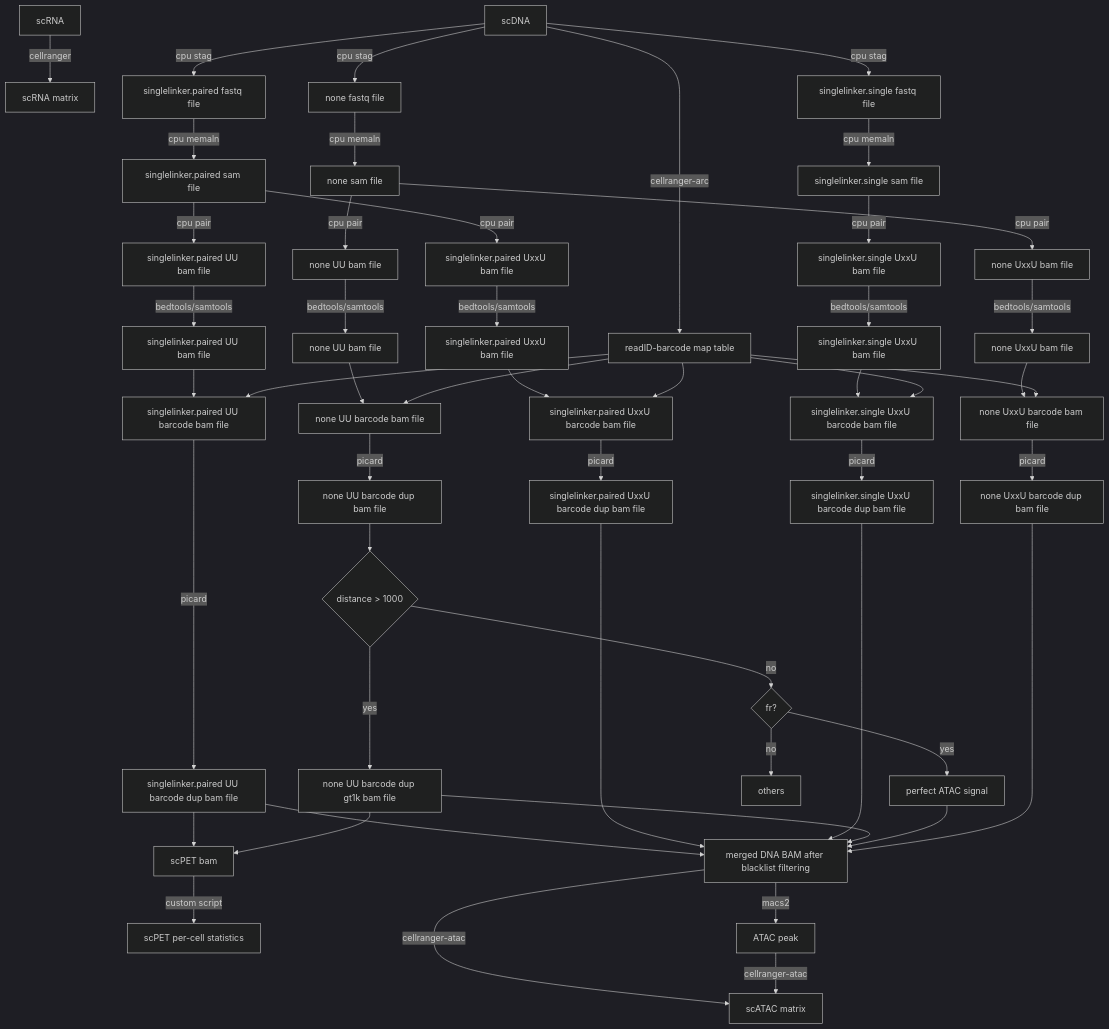
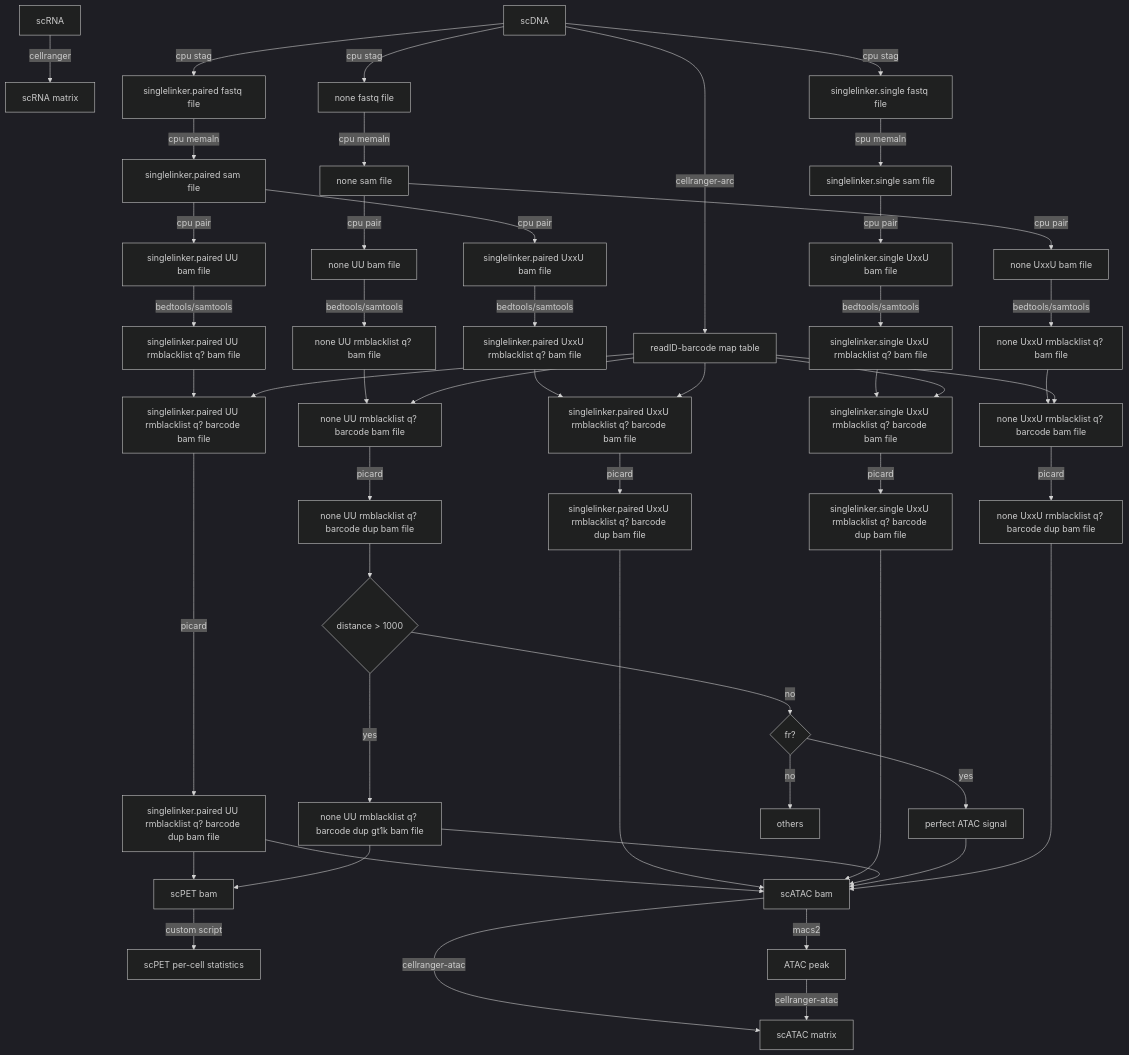
Before and after one commit to Chang-An2002/ChAIR-PIPE: the diagram in README.md, drawn with Mermaid (dark theme). The commit also changed other lines of this file, not shown here.

Commit message:
Restore the original branch diagram and clarify blacklist execution paths

````diff
--- a/README.md
+++ b/README.md
@@ -6,59 +6,59 @@
 ```mermaid
 graph TD;
 AA[scRNA] -- cellranger --> BB[scRNA matrix];
 CC[scDNA] -- cellranger-arc --> DD[readID-barcode map table];
 CC -- cpu stag --> CB[singlelinker.single fastq file];
 CC -- cpu stag --> CA[singlelinker.paired fastq file];
 CC -- cpu stag --> CD[none fastq file];
 CA -- cpu memaln --> EE[singlelinker.paired sam file];
 CB -- cpu memaln --> FF[singlelinker.single sam file];
 CD -- cpu memaln --> GG[none sam file];
 EE -- cpu pair --> EA[singlelinker.paired UU bam file]
 EE -- cpu pair --> EB[singlelinker.paired UxxU bam file]
 FF -- cpu pair --> FA[singlelinker.single UxxU bam file]
 GG -- cpu pair --> GA[none UU bam file]
 GG -- cpu pair --> GB[none UxxU bam file]
-EA -- bedtools/samtools --> EH[singlelinker.paired UU bam file]
-EB -- bedtools/samtools --> EI[singlelinker.paired UxxU bam file]
-FA -- bedtools/samtools --> FH[singlelinker.single UxxU bam file]
-GA -- bedtools/samtools --> GH[none UU bam file]
-GB -- bedtools/samtools --> GI[none UxxU bam file]
+EA -- bedtools/samtools --> EH[singlelinker.paired UU rmblacklist q? bam file]
+EB -- bedtools/samtools --> EI[singlelinker.paired UxxU rmblacklist q? bam file]
+FA -- bedtools/samtools --> FH[singlelinker.single UxxU rmblacklist q? bam file]
+GA -- bedtools/samtools --> GH[none UU rmblacklist q? bam file]
+GB -- bedtools/samtools --> GI[none UxxU rmblacklist q? bam file]
 
-EH --> AEH[singlelinker.paired UU barcode bam file]
-EI --> AEI[singlelinker.paired UxxU barcode bam file]
-FH --> AFH[singlelinker.single UxxU barcode bam file]
-GH --> AGH[none UU barcode bam file]
-GI --> AGI[none UxxU barcode bam file]
+EH --> AEH[singlelinker.paired UU rmblacklist q? barcode bam file]
+EI --> AEI[singlelinker.paired UxxU rmblacklist q? barcode bam file]
+FH --> AFH[singlelinker.single UxxU rmblacklist q? barcode bam file]
+GH --> AGH[none UU rmblacklist q? barcode bam file]
+GI --> AGI[none UxxU rmblacklist q? barcode bam file]
 DD --> AEH
 DD --> AEI
 DD --> AFH
 DD --> AGH
 DD --> AGI
 
-AEH -- picard --> HA[singlelinker.paired UU barcode dup bam file]
-AEI -- picard --> HB[singlelinker.paired UxxU barcode dup bam file]
-AFH -- picard --> HC[singlelinker.single UxxU barcode dup bam file]
-AGH -- picard --> HD[none UU barcode dup bam file]
-AGI -- picard --> HE[none UxxU barcode dup bam file]
+AEH -- picard --> HA[singlelinker.paired UU rmblacklist q? barcode dup bam file]
+AEI -- picard --> HB[singlelinker.paired UxxU rmblacklist q? barcode dup bam file]
+AFH -- picard --> HC[singlelinker.single UxxU rmblacklist q? barcode dup bam file]
+AGH -- picard --> HD[none UU rmblacklist q? barcode dup bam file]
+AGI -- picard --> HE[none UxxU rmblacklist q? barcode dup bam file]
 
 HD --> HF{distance > 1000}
-HF -- yes --> HG[none UU barcode dup gt1k bam file]
+HF -- yes --> HG[none UU rmblacklist q? barcode dup gt1k bam file]
 HF -- no --> HH{fr?}
 HH -- yes --> HI[perfect ATAC signal]
 HH -- no --> HJ[others]
 
 HA --> KK[scPET bam]
 HG --> KK
 KK -- custom script --> LL[scPET per-cell statistics]
 
-HA --> II[merged DNA BAM after blacklist filtering]
+HA --> II[scATAC bam]
 HB --> II
 HC --> II
 HG --> II
 HI --> II
 HE --> II
 
 II -- macs2 --> IIA[ATAC peak]
 II -- cellranger-atac --> JJ[scATAC matrix]
 IIA -- cellranger-atac --> JJ
 ```
````
